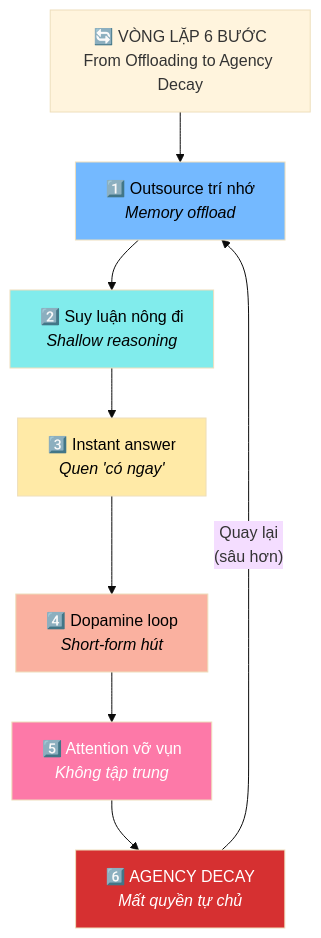
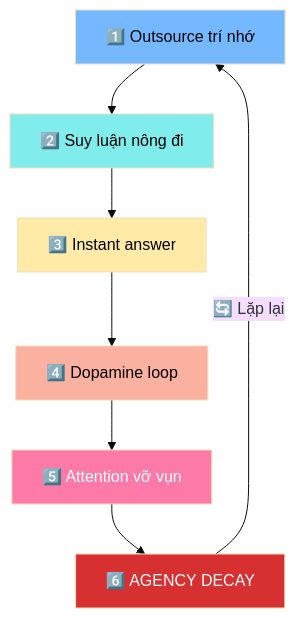
One commit to dyukahi/knowledge changed the second of 2 diagrams in mental-models/Bộ Não Rỗng và AI Brain Rot.md. Above: the diagram before and after it, drawn with Mermaid (base theme). The commit also changed other lines of this file, not shown here.

Commit message:
Fix Mermaid diagrams: simpler, cleaner layout

````diff
--- a/mental-models/Bộ Não Rỗng và AI Brain Rot.md
+++ b/mental-models/Bộ Não Rỗng và AI Brain Rot.md
@@ -160,26 +147,19 @@
 ```mermaid
 flowchart TD
-    title["🔄 VÒNG LẶP 6 BƯỚC<br/>From Offloading to Agency Decay"]
+    S1["1️⃣ Outsource trí nhớ"]
+    S2["2️⃣ Suy luận nông đi"]
+    S3["3️⃣ Instant answer"]
+    S4["4️⃣ Dopamine loop"]
+    S5["5️⃣ Attention vỡ vụn"]
+    S6["6️⃣ AGENCY DECAY"]
     
-    S1["1️⃣ Outsource trí nhớ<br/><i>Memory offload</i>"]
-    S2["2️⃣ Suy luận nông đi<br/><i>Shallow reasoning</i>"]
-    S3["3️⃣ Instant answer<br/><i>Quen 'có ngay'</i>"]
-    S4["4️⃣ Dopamine loop<br/><i>Short-form hút</i>"]
-    S5["5️⃣ Attention vỡ vụn<br/><i>Không tập trung</i>"]
-    S6["6️⃣ AGENCY DECAY<br/><i>Mất quyền tự chủ</i>"]
-    
-    title --> S1
-    S1 --> S2
-    S2 --> S3
-    S3 --> S4
-    S4 --> S5
-    S5 --> S6
-    S6 -->|"Quay lại<br/>(sâu hơn)"| S1
+    S1 --> S2 --> S3 --> S4 --> S5 --> S6
+    S6 -->|"🔄 Lặp lại"| S1
     
     style S1 fill:#74b9ff,color:#000
     style S2 fill:#81ecec,color:#000
     style S3 fill:#ffeaa7,color:#000
     style S4 fill:#fab1a0,color:#000
     style S5 fill:#fd79a8,color:#fff
     style S6 fill:#d63031,color:#fff
 ```
````
